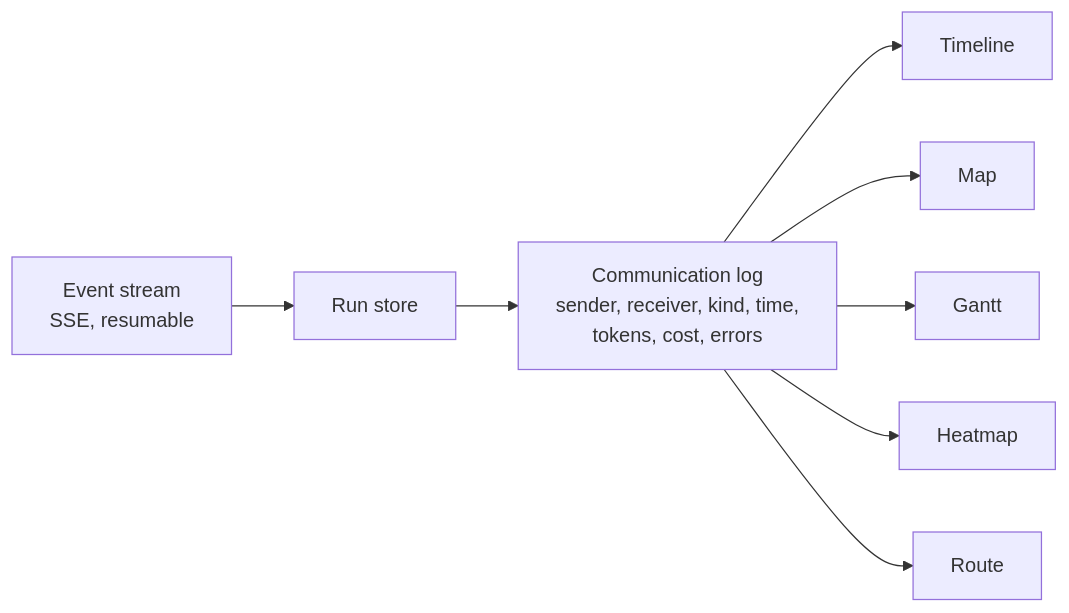
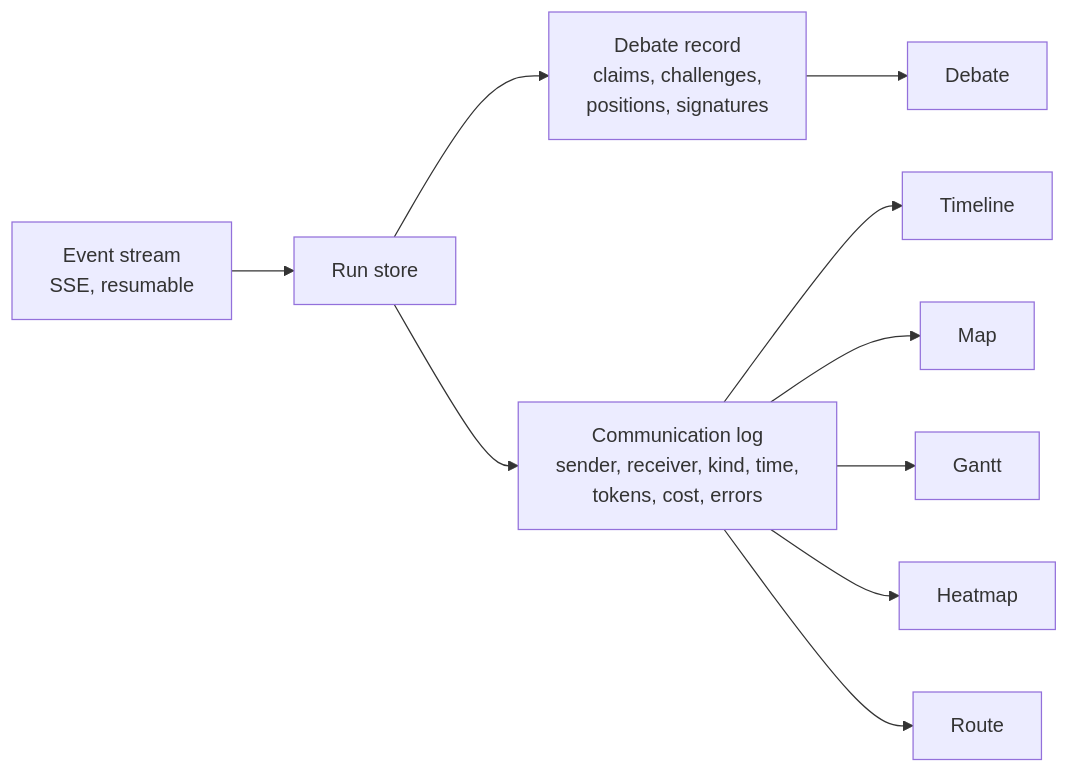
The diagram in docs/run-views.md (lordprime/Argus-Council), drawn with Mermaid before and after one commit. The commit also changed other lines of this file and 58 other files, not shown here.

````diff
--- a/docs/run-views.md
+++ b/docs/run-views.md
@@ -8,10 +9,12 @@
 ```mermaid
 flowchart LR
     S[Event stream<br/>SSE, resumable] --> ST[Run store]
+    ST --> DB[Debate record<br/>claims, challenges,<br/>positions, signatures]
+    DB --> D[Debate]
     ST --> CL[Communication log<br/>sender, receiver, kind, time,<br/>tokens, cost, errors]
     CL --> T[Timeline]
     CL --> M[Map]
     CL --> G[Gantt]
     CL --> H[Heatmap]
     CL --> R[Route]
 ```
````
